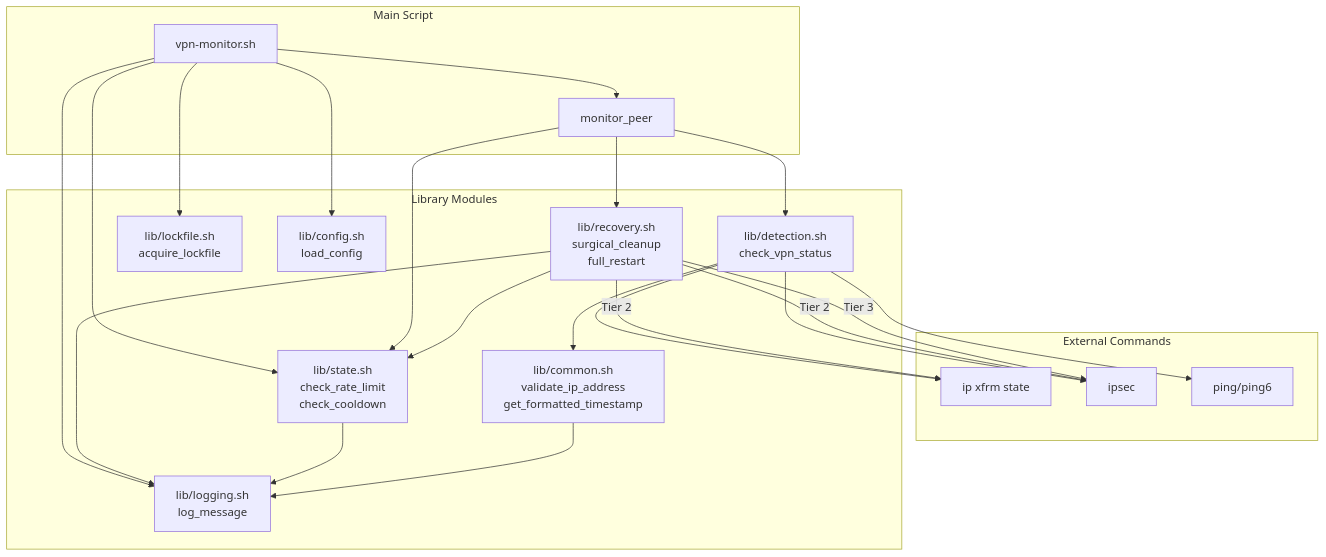
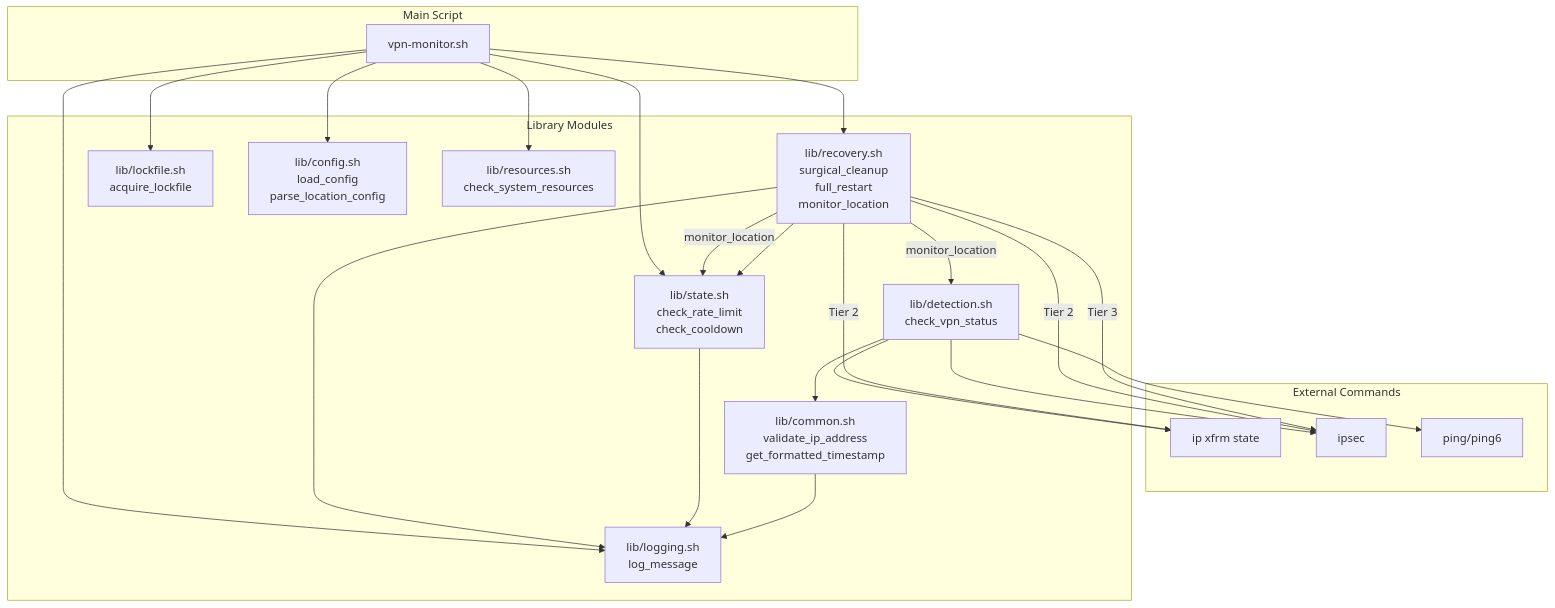
One commit to Eccentric-Quality-Solutions/udm-vpn-monitor changed the sixth of 6 diagrams in docs/ARCHITECTURE.md. Above: the diagram before and after it, drawn with Mermaid. The commit also changed other lines of this file and 135 other files, not shown here.

````diff
--- a/docs/ARCHITECTURE.md
+++ b/docs/ARCHITECTURE.md
@@ -688,47 +809,47 @@
 ```mermaid
 graph TB
     subgraph "External Commands"
         IP[ip xfrm state]
         Ipsec[ipsec]
         PingCmd[ping/ping6]
     end
     
     subgraph "Main Script"
         MainScript[vpn-monitor.sh]
-        MonitorPeer[monitor_peer]
     end
     
     subgraph "Library Modules"
         DetectionLib[lib/detection.sh<br/>check_vpn_status]
-        RecoveryLib[lib/recovery.sh<br/>surgical_cleanup<br/>full_restart]
+        RecoveryLib[lib/recovery.sh<br/>surgical_cleanup<br/>full_restart<br/>monitor_location]
         StateLib[lib/state.sh<br/>check_rate_limit<br/>check_cooldown]
         LockfileLib[lib/lockfile.sh<br/>acquire_lockfile]
-        ConfigLib[lib/config.sh<br/>load_config]
+        ConfigLib[lib/config.sh<br/>load_config<br/>parse_location_config]
         LoggingLib[lib/logging.sh<br/>log_message]
+        ResourcesLib[lib/resources.sh<br/>check_system_resources]
         CommonLib[lib/common.sh<br/>validate_ip_address<br/>get_formatted_timestamp]
     end
     
     MainScript --> LockfileLib
     MainScript --> ConfigLib
     MainScript --> StateLib
     MainScript --> LoggingLib
-    MainScript --> MonitorPeer
+    MainScript --> ResourcesLib
+    MainScript --> RecoveryLib
     
-    MonitorPeer --> DetectionLib
-    MonitorPeer --> RecoveryLib
-    MonitorPeer --> StateLib
+    RecoveryLib -->|monitor_location| DetectionLib
+    RecoveryLib -->|monitor_location| StateLib
     
     DetectionLib --> IP
     DetectionLib --> Ipsec
     DetectionLib --> PingCmd
     DetectionLib --> CommonLib
     
     RecoveryLib -->|Tier 2| IP
     RecoveryLib -->|Tier 2| Ipsec
     RecoveryLib -->|Tier 3| Ipsec
     RecoveryLib --> StateLib
     RecoveryLib --> LoggingLib
     
     StateLib --> LoggingLib
     CommonLib --> LoggingLib
 ```
````
